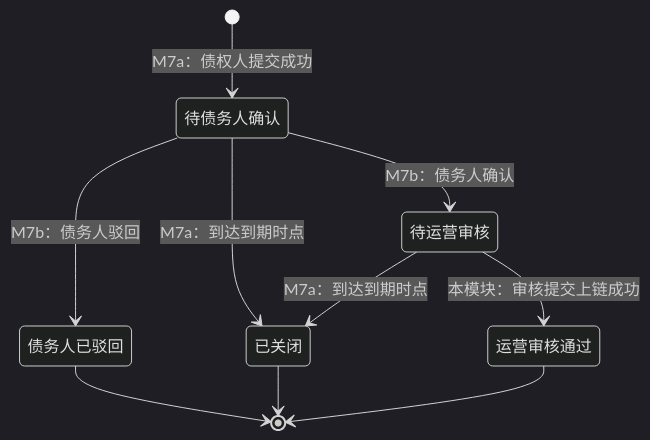
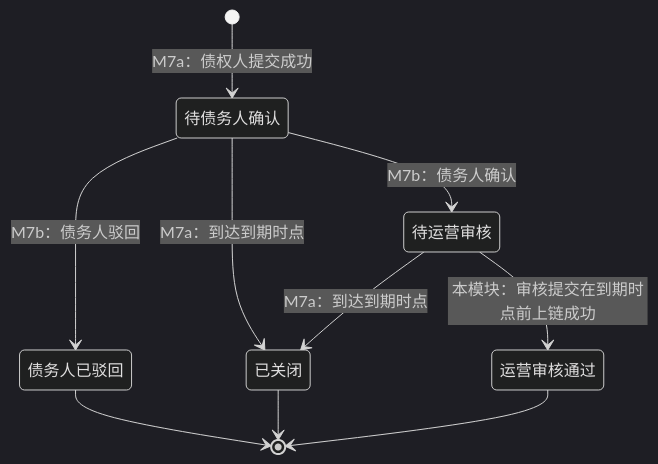
Before and after one commit to wxblockchain/Chain-Financing: the third of 4 diagrams in asset-trust-platform/PRD/运营端/M9-运营审核/02-运营审核-流程图与状态机.md, drawn with Mermaid (dark theme). The commit also changed other lines of this file and 4 other files, not shown here.

````diff
--- a/asset-trust-platform/PRD/运营端/M9-运营审核/02-运营审核-流程图与状态机.md
+++ b/asset-trust-platform/PRD/运营端/M9-运营审核/02-运营审核-流程图与状态机.md
@@ -69,12 +73,12 @@
 ```mermaid
 stateDiagram-v2
     [*] --> 待债务人确认: M7a：债权人提交成功
     待债务人确认 --> 待运营审核: M7b：债务人确认
     待债务人确认 --> 债务人已驳回: M7b：债务人驳回
     待债务人确认 --> 已关闭: M7a：到达到期时点
-    待运营审核 --> 运营审核通过: 本模块：审核提交上链成功
+    待运营审核 --> 运营审核通过: 本模块：审核提交在到期时点前上链成功
     待运营审核 --> 已关闭: M7a：到达到期时点
     债务人已驳回 --> [*]
     已关闭 --> [*]
     运营审核通过 --> [*]
 ```
````
